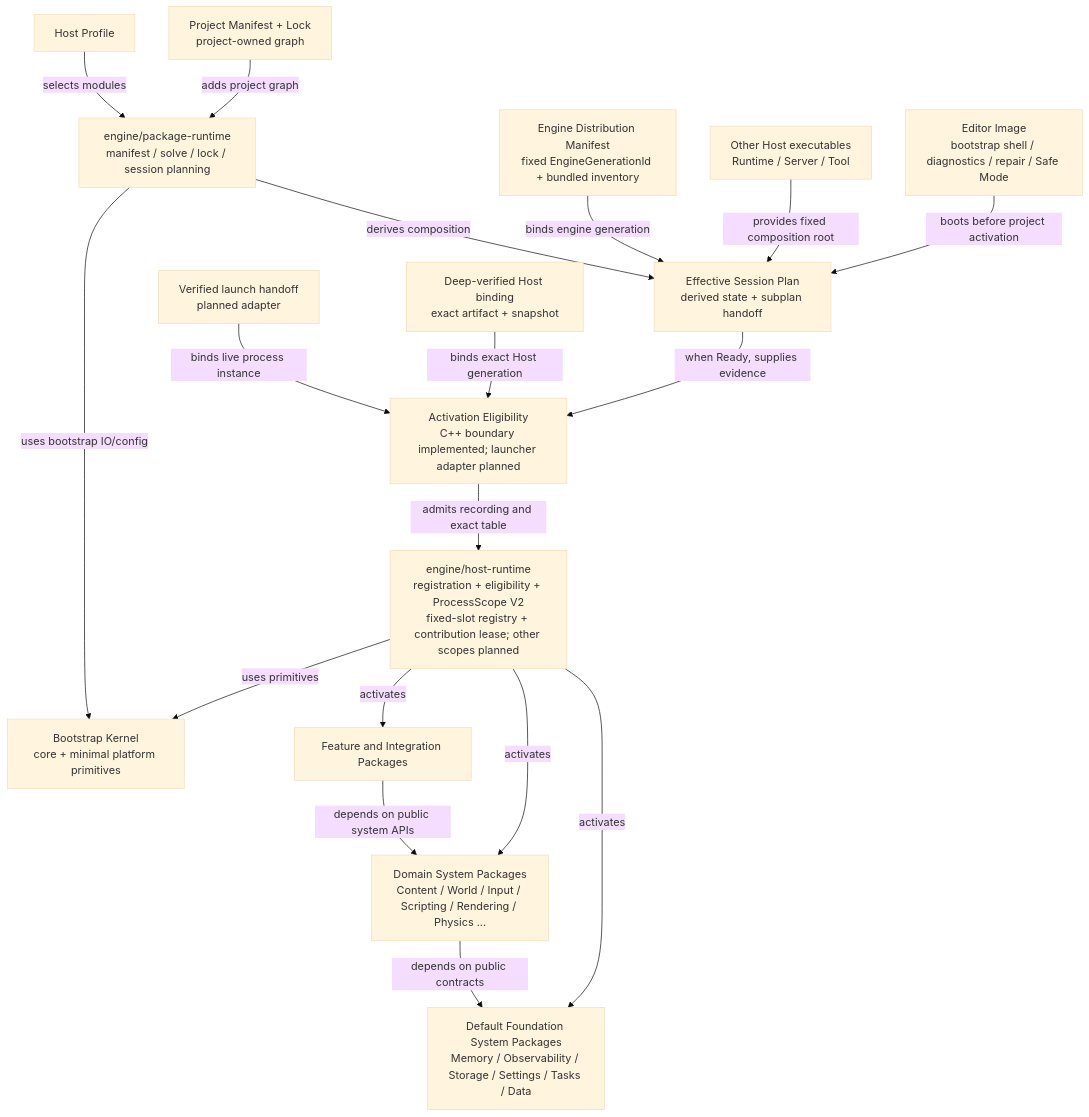
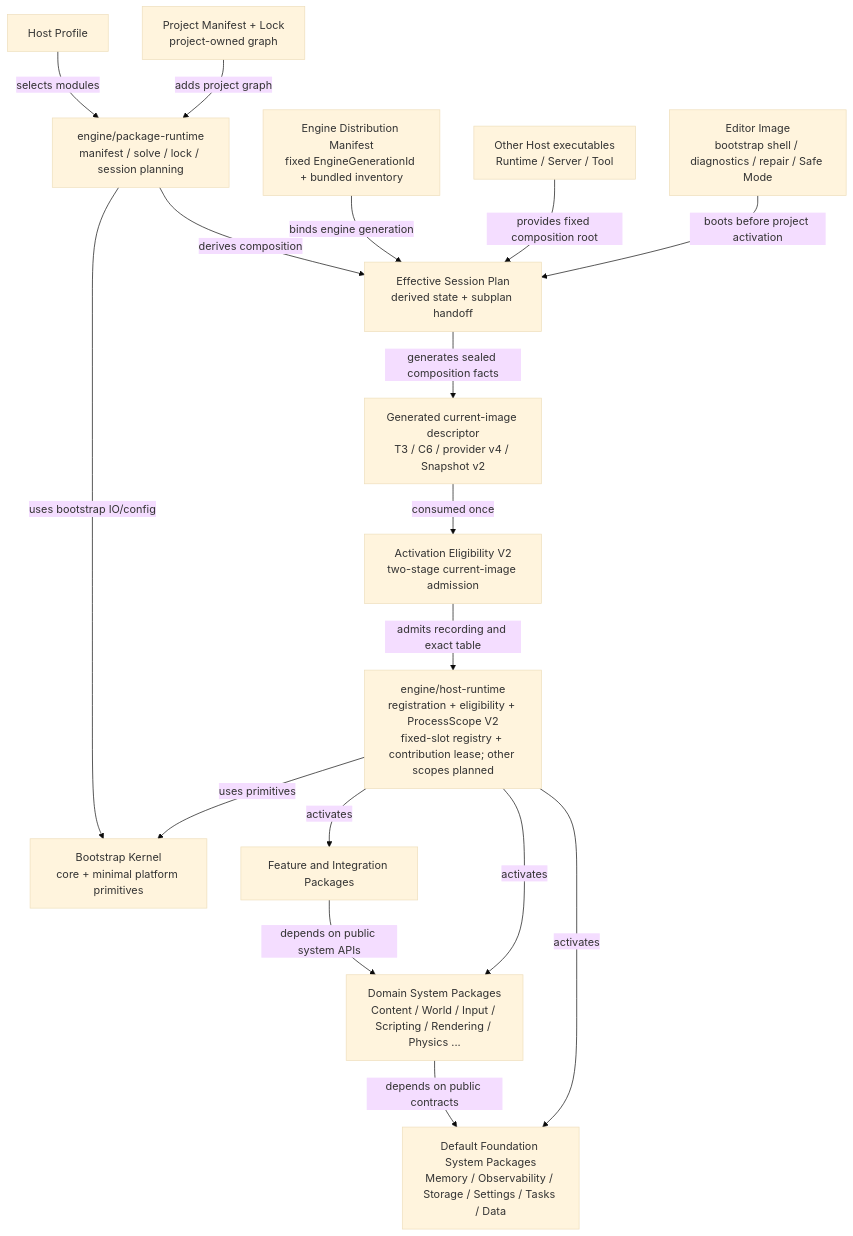
One commit to 66six11/Engine changed the first of 4 diagrams in docs/architecture/foundation-framework.md. Above: the diagram before and after it, drawn with Mermaid (base theme). The commit also changed other lines of this file and 63 other files, not shown here.

First line of the commit message:
feat: run project bootstrap through generated host

````diff
--- a/docs/architecture/foundation-framework.md
+++ b/docs/architecture/foundation-framework.md
@@ -35,36 +36,34 @@
 ```mermaid
 flowchart TB
     EditorImage["Editor Image\nbootstrap shell / diagnostics / repair / Safe Mode"]
     Apps["Other Host executables\nRuntime / Server / Tool"]
     Distribution["Engine Distribution Manifest\nfixed EngineGenerationId + bundled inventory"]
     Project["Project Manifest + Lock\nproject-owned graph"]
     Profile["Host Profile"]
     Session["Effective Session Plan\nderived state + subplan handoff"]
-    Binding["Deep-verified Host binding\nexact artifact + snapshot"]
-    Launch["Verified launch handoff\nplanned adapter"]
-    Eligibility["Activation Eligibility\nC++ boundary implemented; launcher adapter planned"]
+    CurrentImage["Generated current-image descriptor\nT3 / C6 / provider v4 / Snapshot v2"]
+    Eligibility["Activation Eligibility V2\ntwo-stage current-image admission"]
     Host["engine/host-runtime\nregistration + eligibility + ProcessScope V2\nfixed-slot registry + contribution lease; other scopes planned"]
     Package["engine/package-runtime\nmanifest / solve / lock / session planning"]
     Kernel["Bootstrap Kernel\ncore + minimal platform primitives"]
     Foundation["Default Foundation System Packages\nMemory / Observability / Storage / Settings / Tasks / Data"]
     Domain["Domain System Packages\nContent / World / Input / Scripting / Rendering / Physics ..."]
     Features["Feature and Integration Packages"]
 
     EditorImage -->|boots before project activation| Session
     Apps -->|provides fixed composition root| Session
     Distribution -->|binds engine generation| Session
     Project -->|adds project graph| Package
     Profile -->|selects modules| Package
     Package -->|derives composition| Session
-    Session -->|when Ready, supplies evidence| Eligibility
-    Binding -->|binds exact Host generation| Eligibility
-    Launch -->|binds live process instance| Eligibility
+    Session -->|generates sealed composition facts| CurrentImage
+    CurrentImage -->|consumed once| Eligibility
     Eligibility -->|admits recording and exact table| Host
     Host -->|uses primitives| Kernel
     Host -->|activates| Foundation
     Host -->|activates| Domain
     Host -->|activates| Features
     Package -->|uses bootstrap IO/config| Kernel
     Domain -->|depends on public contracts| Foundation
     Features -->|depends on public system APIs| Domain
 ```
````
